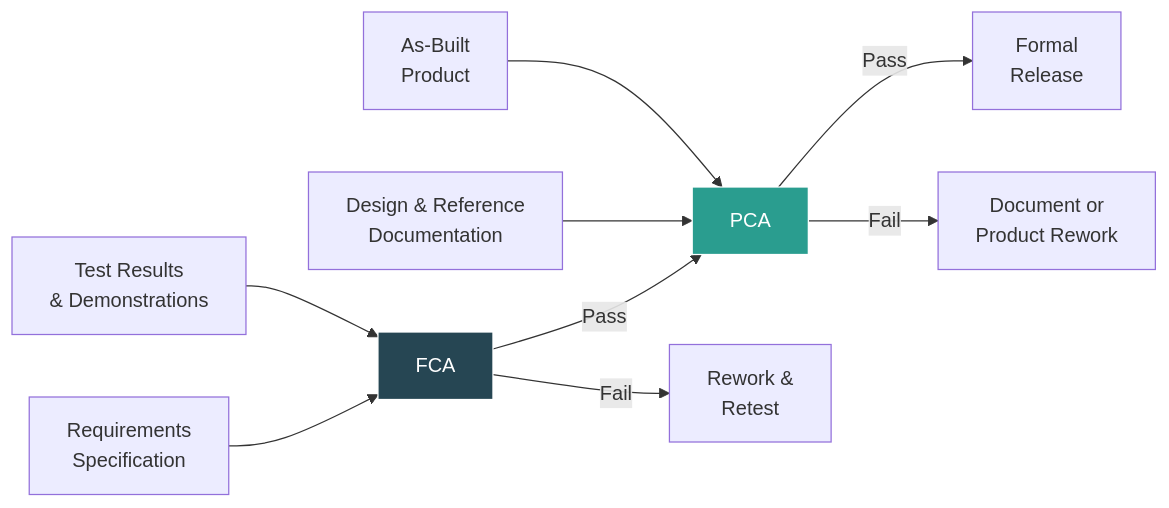
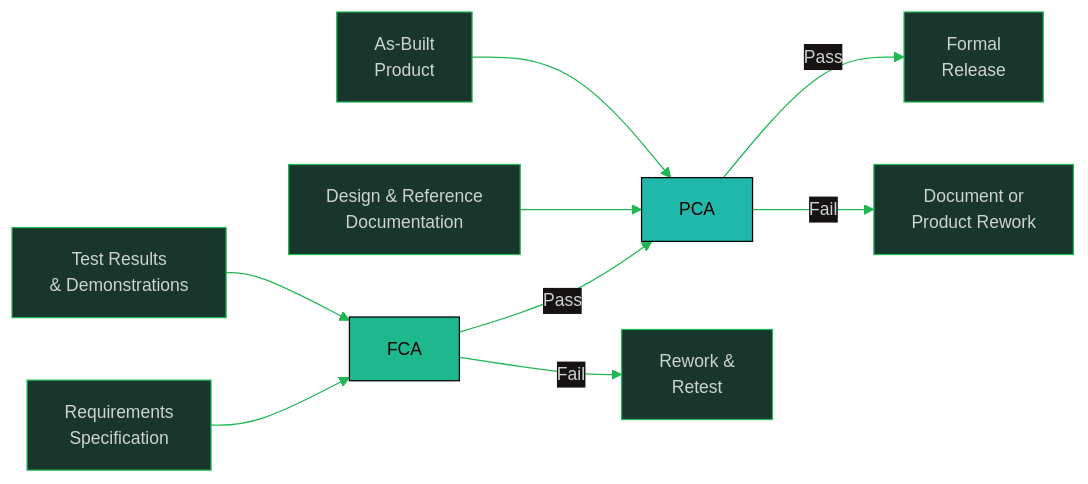
The first of 5 diagrams in software-engineering-note/08_Software_Configuration_Management/08_Configuration_Auditing.md (oat431/swe-knowledge), drawn with Mermaid before and after one commit. The commit also changed other lines of this file and 13 other files, not shown here.

````diff
--- a/software-engineering-note/08_Software_Configuration_Management/08_Configuration_Auditing.md
+++ b/software-engineering-note/08_Software_Configuration_Management/08_Configuration_Auditing.md
@@ -22,15 +22,16 @@
 ```mermaid
+%%{init: {'theme':'base','themeVariables':{'primaryColor':'#19362D','primaryTextColor':'#CDD3D1','primaryBorderColor':'#1FB854','lineColor':'#1FB854','secondaryColor':'#161212','tertiaryColor':'#1B1717','background':'#1B1717','mainBkg':'#19362D','nodeBorder':'#1FB854','clusterBkg':'#161212','clusterBorder':'#19362D','titleColor':'#1FB854','edgeLabelBackground':'#161212','fontSize':'14px'}}}%%
 graph LR
     REQ["Requirements<br/>Specification"] --> FCA
     TEST["Test Results<br/>& Demonstrations"] --> FCA
     FCA -->|Pass| PCA
     FCA -->|Fail| REWORK1["Rework &<br/>Retest"]
 
     DOC["Design & Reference<br/>Documentation"] --> PCA
     BUILT["As-Built<br/>Product"] --> PCA
     PCA -->|Pass| REL["Formal<br/>Release"]
     PCA -->|Fail| REWORK2["Document or<br/>Product Rework"]
 
-    style FCA fill:#264653,stroke:#fff,color:#fff
-    style PCA fill:#2a9d8f,stroke:#fff,color:#fff
+    style FCA fill:#1EB88E,stroke:#000000,color:#000000
+    style PCA fill:#1FB8AB,stroke:#000000,color:#000000
 ```
````
